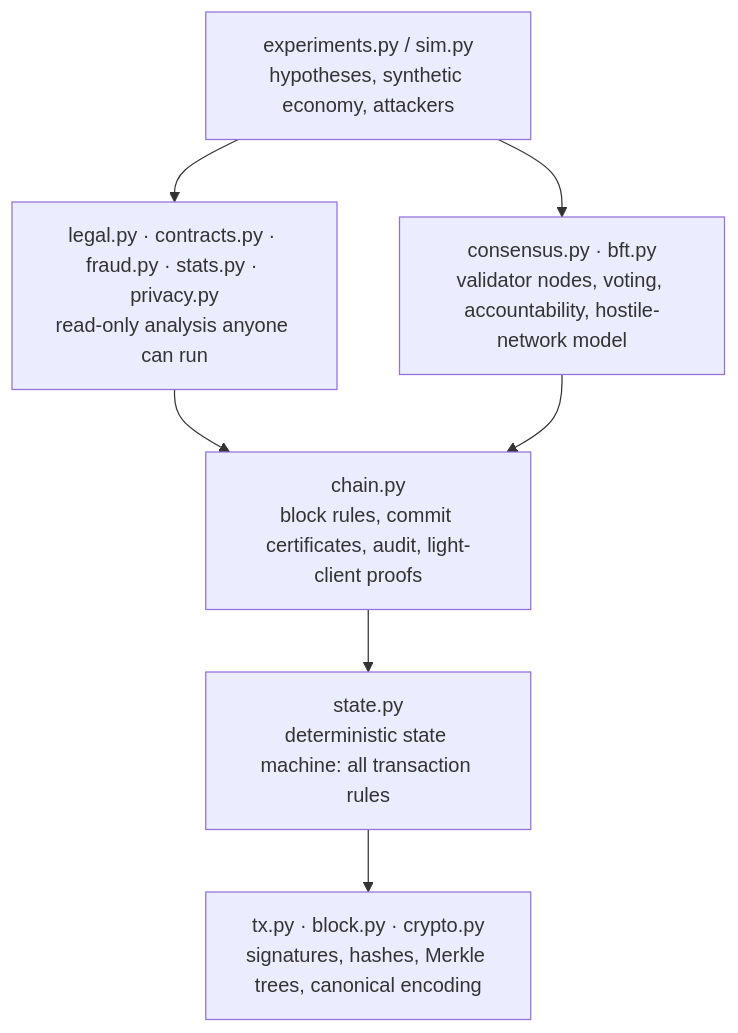
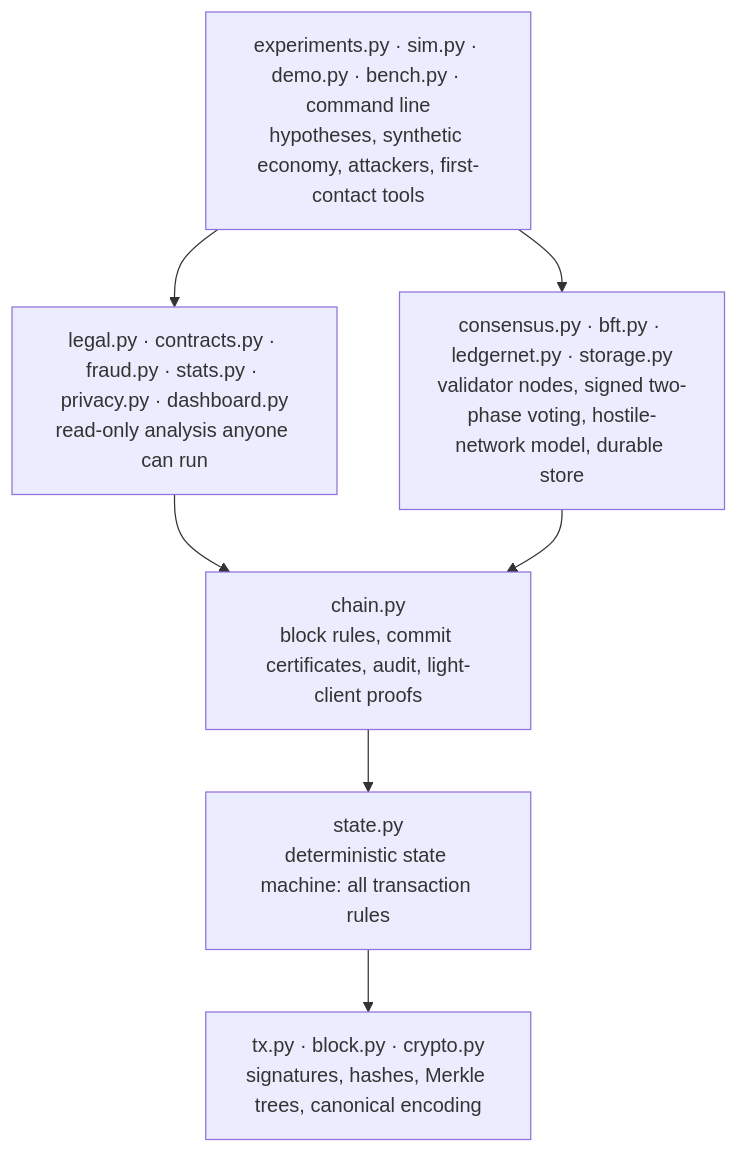
Before and after one commit to Normansrule/juris-ledger: the diagram in docs/ARCHITECTURE.md, drawn with Mermaid. The commit also changed other lines of this file and 27 other files, not shown here.

Commit message:
v0.5.0: signed two-phase consensus on the real ledger, multi-issuer identity, key recovery, public register, CLI tools, durable store

````diff
--- a/docs/ARCHITECTURE.md
+++ b/docs/ARCHITECTURE.md
@@ -5,11 +5,11 @@
 ```mermaid
 flowchart TB
-    E["experiments.py / sim.py<br/>hypotheses, synthetic economy, attackers"]
-    U["legal.py · contracts.py · fraud.py · stats.py · privacy.py<br/>read-only analysis anyone can run"]
-    N["consensus.py · bft.py<br/>validator nodes, voting, accountability, hostile-network model"]
+    E["experiments.py · sim.py · demo.py · bench.py · command line<br/>hypotheses, synthetic economy, attackers, first-contact tools"]
+    U["legal.py · contracts.py · fraud.py · stats.py · privacy.py · dashboard.py<br/>read-only analysis anyone can run"]
+    N["consensus.py · bft.py · ledgernet.py · storage.py<br/>validator nodes, signed two-phase voting, hostile-network model, durable store"]
     C["chain.py<br/>block rules, commit certificates, audit, light-client proofs"]
     S["state.py<br/>deterministic state machine: all transaction rules"]
     B["tx.py · block.py · crypto.py<br/>signatures, hashes, Merkle trees, canonical encoding"]
     E --> U --> C
     E --> N --> C --> S --> B
 ```
````
